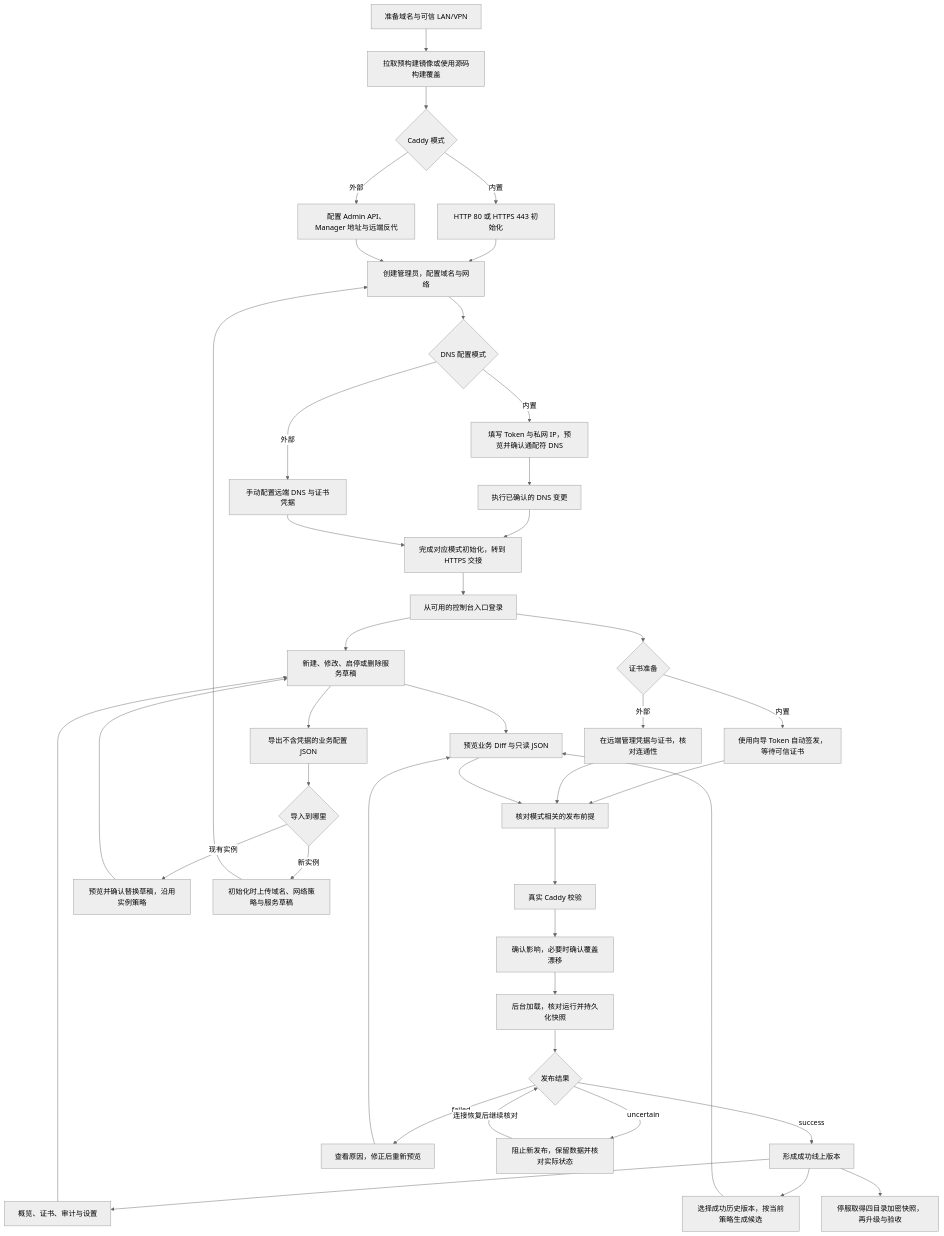
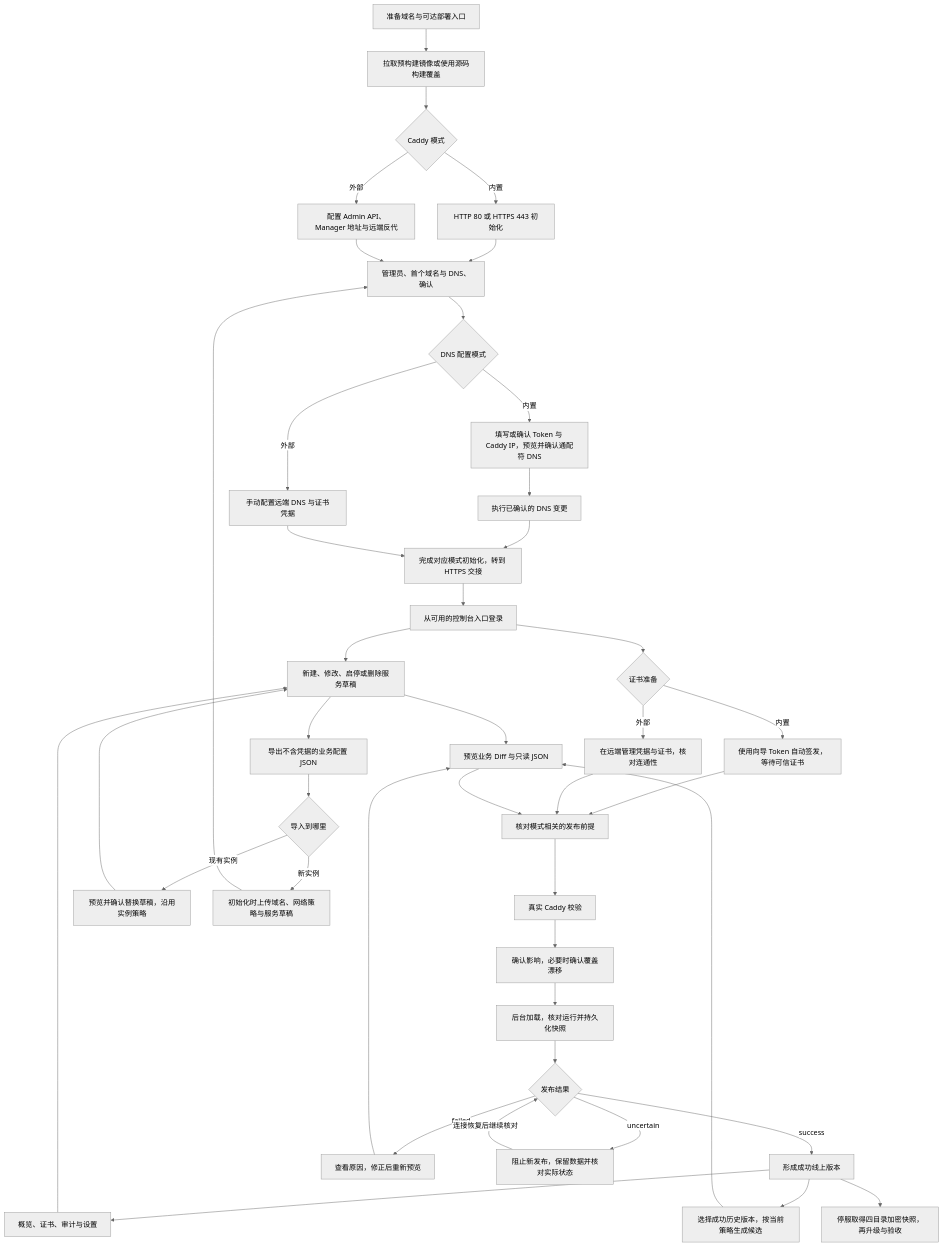
The first of 5 diagrams in docs/product-user-flow-review.md (gofxq/caddy_admin), drawn with Mermaid (neutral theme) before and after one commit. The commit also changed other lines of this file and 98 other files, not shown here.

````diff
--- a/docs/product-user-flow-review.md
+++ b/docs/product-user-flow-review.md
@@ -9,47 +9,47 @@
 ```mermaid
 flowchart TD
-    START[准备域名与可信 LAN/VPN] --> DEPLOY[拉取预构建镜像或使用源码构建覆盖]
+    START[准备域名与可达部署入口] --> DEPLOY[拉取预构建镜像或使用源码构建覆盖]
     DEPLOY --> MODE{Caddy 模式}
     MODE -->|内置| BUILTIN[HTTP 80 或 HTTPS 443 初始化]
     MODE -->|外部| EXTERNAL[配置 Admin API、Manager 地址与远端反代]
-    BUILTIN --> SETUP[创建管理员，配置域名与网络]
+    BUILTIN --> SETUP[管理员、首个域名与 DNS、确认]
     EXTERNAL --> SETUP
     SETUP --> DNSMODE{DNS 配置模式}
-    DNSMODE -->|内置| AUTODNS[填写 Token 与私网 IP，预览并确认通配符 DNS]
+    DNSMODE -->|内置| AUTODNS[填写或确认 Token 与 Caddy IP，预览并确认通配符 DNS]
     DNSMODE -->|外部| MANUALDNS[手动配置远端 DNS 与证书凭据]
     AUTODNS --> DNSWRITE[执行已确认的 DNS 变更]
     DNSWRITE --> HANDOFF
     MANUALDNS --> HANDOFF[完成对应模式初始化，转到 HTTPS 交接]
     HANDOFF --> LOGIN[从可用的控制台入口登录]
 
     LOGIN --> DRAFT[新建、修改、启停或删除服务草稿]
     LOGIN --> CERT{证书准备}
     CERT -->|内置| TOKEN[使用向导 Token 自动签发，等待可信证书]
     CERT -->|外部| REMOTE[在远端管理凭据与证书，核对连通性]
     TOKEN --> READY[核对模式相关的发布前提]
     REMOTE --> READY
     DRAFT --> DIFF[预览业务 Diff 与只读 JSON]
     DIFF --> READY
     READY --> VALIDATE[真实 Caddy 校验]
     VALIDATE --> CONFIRM[确认影响，必要时确认覆盖漂移]
     CONFIRM --> APPLY[后台加载，核对运行并持久化快照]
     APPLY --> RESULT{发布结果}
     RESULT -->|success| ONLINE[形成成功线上版本]
     RESULT -->|failed| FIX[查看原因，修正后重新预览]
     FIX --> DIFF
     RESULT -->|uncertain| RECONCILE[阻止新发布，保留数据并核对实际状态]
     RECONCILE -->|连接恢复后继续核对| RESULT
 
     ONLINE --> DAILY[概览、证书、审计与设置]
     DAILY --> DRAFT
     ONLINE --> ROLLBACK[选择成功历史版本，按当前策略生成候选]
     ROLLBACK --> DIFF
     ONLINE --> MAINTAIN[停服取得四目录加密快照，再升级与验收]
 
     DRAFT --> EXPORT[导出不含凭据的业务配置 JSON]
     EXPORT --> IMPORT{导入到哪里}
     IMPORT -->|现有实例| IMPORTDRAFT[预览并确认替换草稿，沿用实例策略]
     IMPORTDRAFT --> DRAFT
     IMPORT -->|新实例| IMPORTSETUP[初始化时上传域名、网络策略与服务草稿]
     IMPORTSETUP --> SETUP
 ```
````
